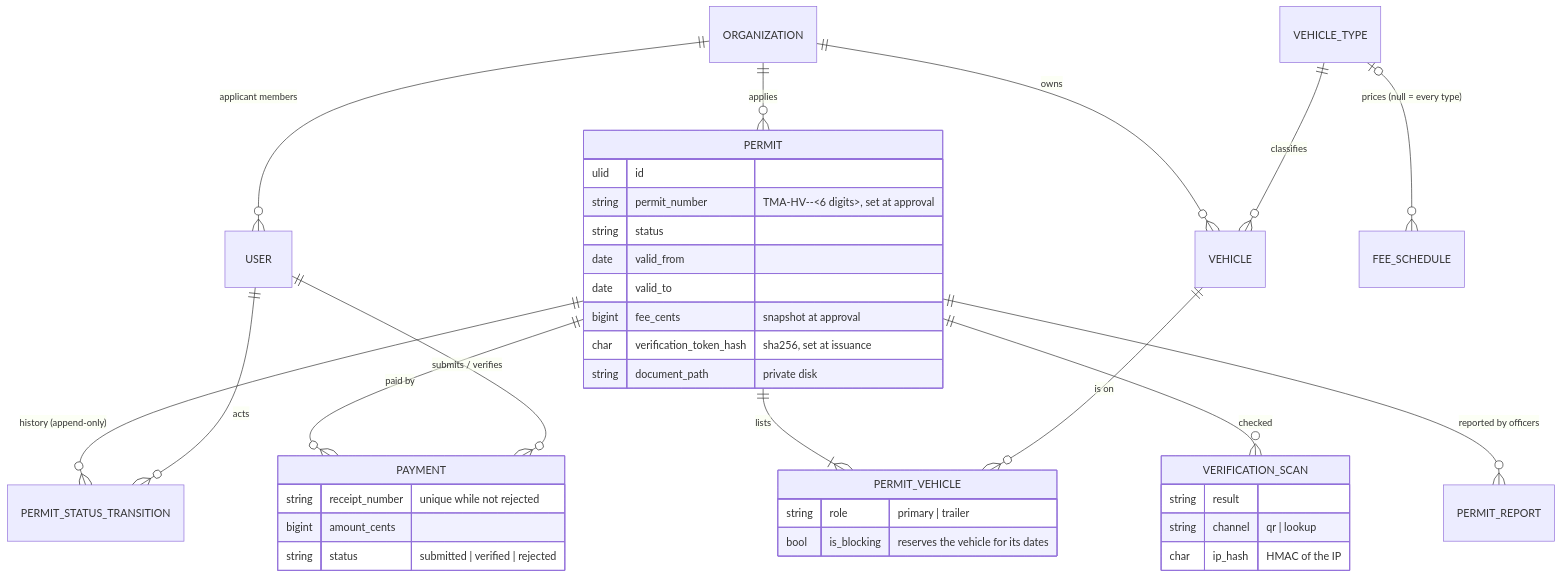
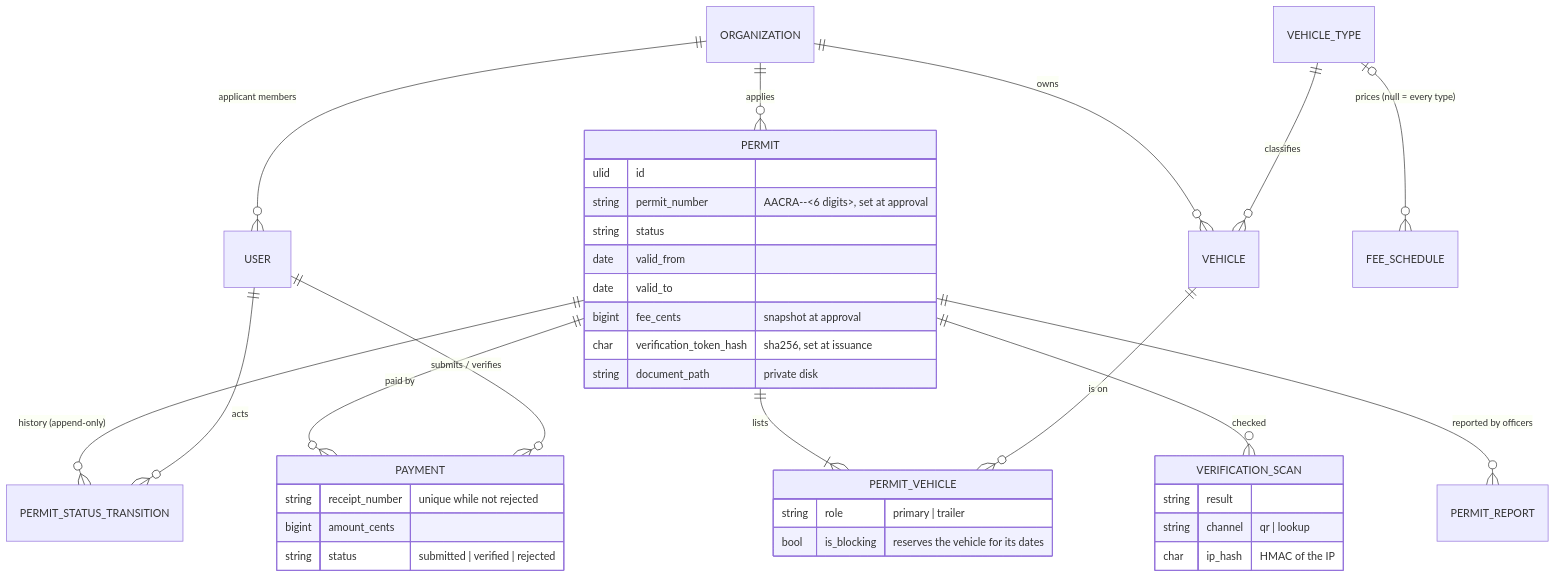
The first of 5 diagrams in docs/ARCHITECTURE.md (erkihunb/Heavy), drawn with Mermaid before and after one commit. The commit also changed 365 other files, not shown here.

````diff
--- a/docs/ARCHITECTURE.md
+++ b/docs/ARCHITECTURE.md
@@ -19,41 +19,41 @@
 ```mermaid
 erDiagram
     ORGANIZATION ||--o{ USER : "applicant members"
     ORGANIZATION ||--o{ VEHICLE : owns
     ORGANIZATION ||--o{ PERMIT : applies
     VEHICLE_TYPE ||--o{ VEHICLE : classifies
     VEHICLE_TYPE |o--o{ FEE_SCHEDULE : "prices (null = every type)"
     PERMIT ||--|{ PERMIT_VEHICLE : lists
     VEHICLE ||--o{ PERMIT_VEHICLE : "is on"
     PERMIT ||--o{ PERMIT_STATUS_TRANSITION : "history (append-only)"
     PERMIT ||--o{ PAYMENT : "paid by"
     PERMIT ||--o{ VERIFICATION_SCAN : "checked"
     PERMIT ||--o{ PERMIT_REPORT : "reported by officers"
     USER ||--o{ PERMIT_STATUS_TRANSITION : acts
     USER ||--o{ PAYMENT : "submits / verifies"
 
     PERMIT {
         ulid id
-        string permit_number "TMA-HV-<E.C. year>-<6 digits>, set at approval"
+        string permit_number "AACRA-<E.C. year>-<6 digits>, set at approval"
         string status
         date valid_from
         date valid_to
         bigint fee_cents "snapshot at approval"
         char verification_token_hash "sha256, set at issuance"
         string document_path "private disk"
     }
     PERMIT_VEHICLE {
         string role "primary | trailer"
         bool is_blocking "reserves the vehicle for its dates"
     }
     PAYMENT {
         string receipt_number "unique while not rejected"
         bigint amount_cents
         string status "submitted | verified | rejected"
     }
     VERIFICATION_SCAN {
         string result
         string channel "qr | lookup"
         char ip_hash "HMAC of the IP"
     }
 ```
````
